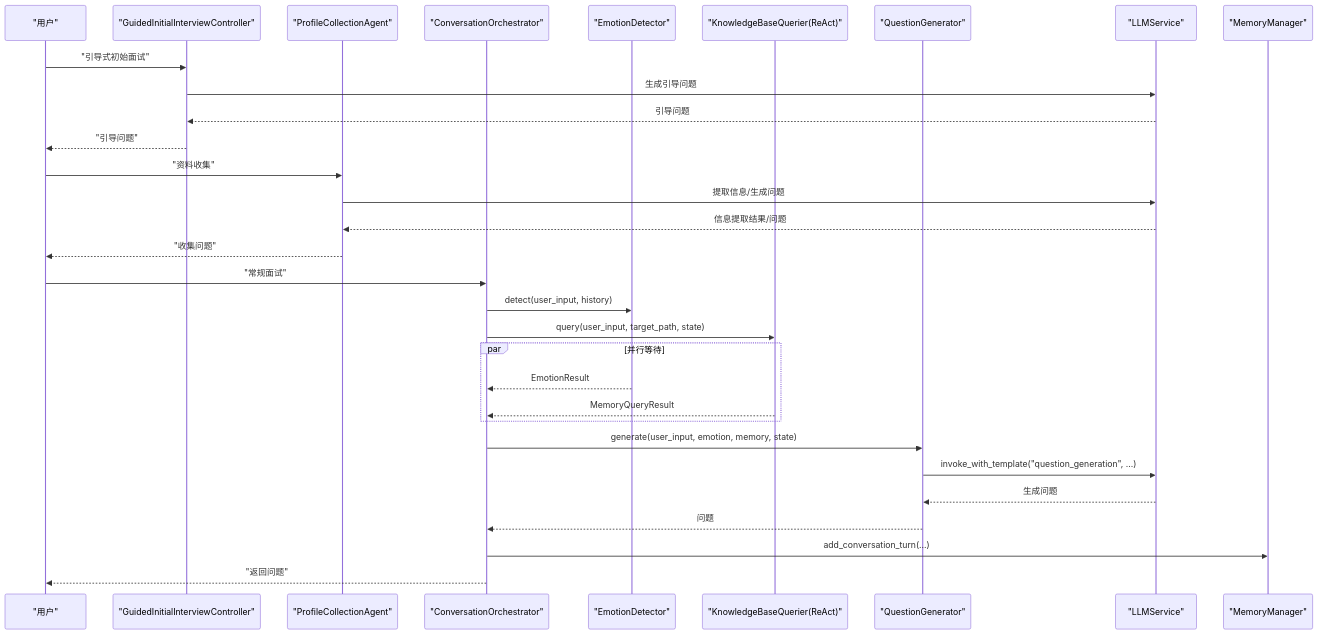
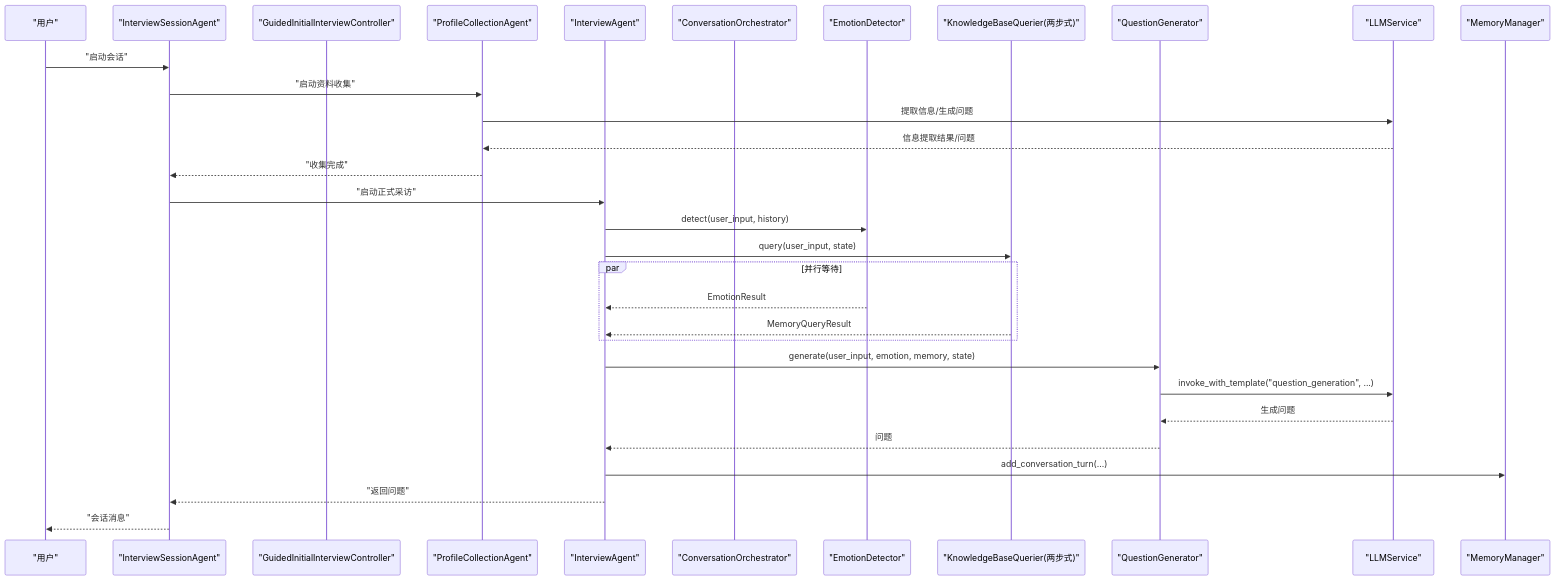
Before and after one commit to WangYiKai1017/zizuan: the second of 11 diagrams in .qoder/repowiki/zh/content/智能问答系统/智能问答系统.md, drawn with Mermaid. The commit also changed other lines of this file and 7 other files, not shown here.

````diff
--- a/.qoder/repowiki/zh/content/智能问答系统/智能问答系统.md
+++ b/.qoder/repowiki/zh/content/智能问答系统/智能问答系统.md
@@ -182,33 +198,33 @@
 ```mermaid
 sequenceDiagram
 participant U as "用户"
+participant ISA as "InterviewSessionAgent"
 participant GIIC as "GuidedInitialInterviewController"
 participant PCA as "ProfileCollectionAgent"
+participant IA as "InterviewAgent"
 participant CO as "ConversationOrchestrator"
 participant ED as "EmotionDetector"
-participant KB as "KnowledgeBaseQuerier(ReAct)"
+participant KB as "KnowledgeBaseQuerier(两步式)"
 participant QG as "QuestionGenerator"
 participant L as "LLMService"
 participant MM as "MemoryManager"
-U->>GIIC : "引导式初始面试"
-GIIC->>L : 生成引导问题
-L-->>GIIC : 引导问题
-GIIC-->>U : "引导问题"
-U->>PCA : "资料收集"
+U->>ISA : "启动会话"
+ISA->>PCA : "启动资料收集"
 PCA->>L : 提取信息/生成问题
 L-->>PCA : 信息提取结果/问题
-PCA-->>U : "收集问题"
-U->>CO : "常规面试"
-CO->>ED : detect(user_input, history)
-CO->>KB : query(user_input, target_path, state)
+PCA-->>ISA : "收集完成"
+ISA->>IA : "启动正式采访"
+IA->>ED : detect(user_input, history)
+IA->>KB : query(user_input, state)
 par 并行等待
-ED-->>CO : EmotionResult
-KB-->>CO : MemoryQueryResult
+ED-->>IA : EmotionResult
+KB-->>IA : MemoryQueryResult
 end
-CO->>QG : generate(user_input, emotion, memory, state)
+IA->>QG : generate(user_input, emotion, memory, state)
 QG->>L : invoke_with_template("question_generation", ...)
 L-->>QG : 生成问题
-QG-->>CO : 问题
-CO->>MM : add_conversation_turn(...)
-CO-->>U : "返回问题"
+QG-->>IA : 问题
+IA->>MM : add_conversation_turn(...)
+IA-->>ISA : "返回问题"
+ISA-->>U : "会话消息"
 ```
````
